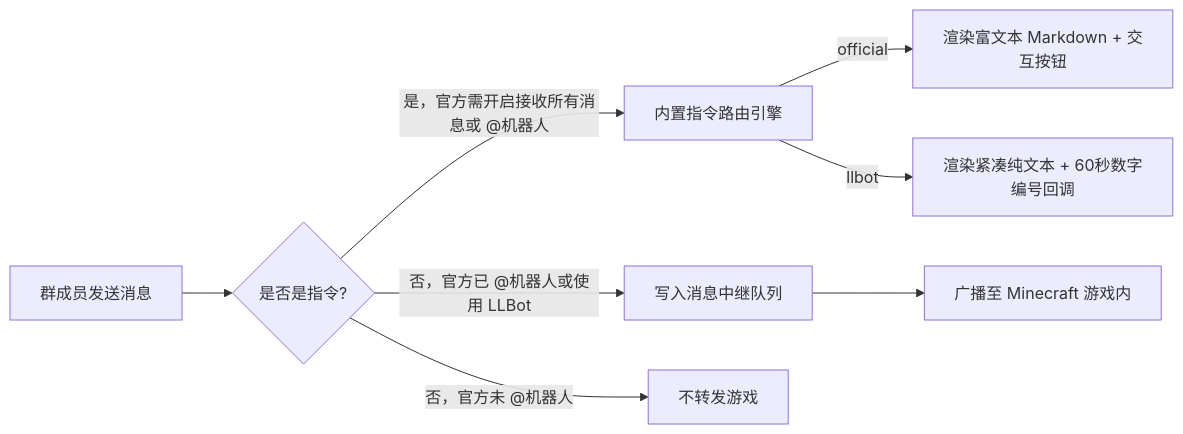
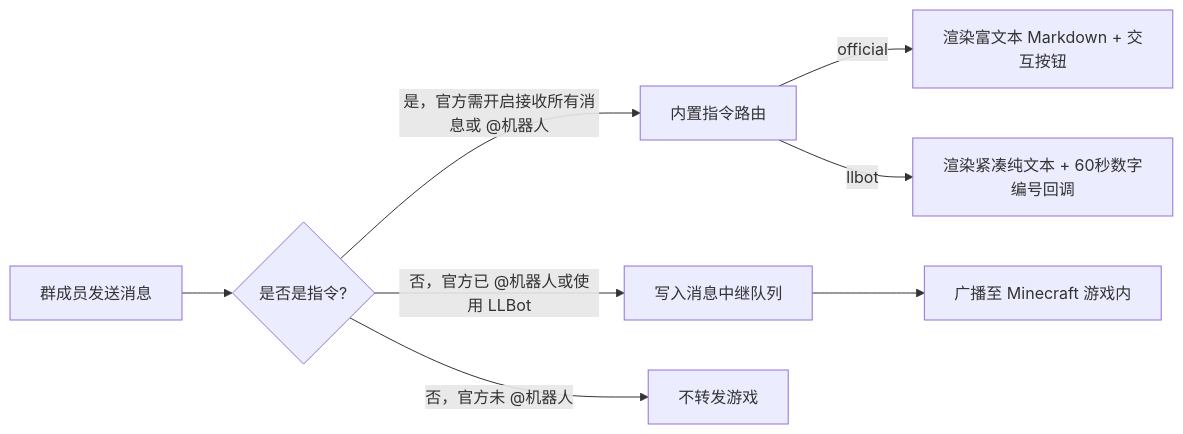
The second of 3 diagrams in docs/zh/guide/qq-bridge.mdx (DogeLakeDev/ScriptsForMinecraftServer), drawn with Mermaid before and after one commit. The commit also changed other lines of this file and 282 other files, not shown here.

````diff
--- a/docs/zh/guide/qq-bridge.mdx
+++ b/docs/zh/guide/qq-bridge.mdx
@@ -177,11 +177,11 @@
 ```mermaid
 flowchart LR
   Msg[群成员发送消息] --> CommandCheck{是否是指令?}
-  CommandCheck -->|是，官方需开启接收所有消息或 @机器人| CommandRouter[内置指令路由引擎]
+  CommandCheck -->|是，官方需开启接收所有消息或 @机器人| CommandRouter[内置指令路由]
   CommandCheck -->|否，官方已 @机器人或使用 LLBot| ChatRelay[写入消息中继队列]
   CommandCheck -->|否，官方未 @机器人| Ignore[不转发游戏]
 
   CommandRouter -->|official| MD[渲染富文本 Markdown + 交互按钮]
   CommandRouter -->|llbot| TXT[渲染紧凑纯文本 + 60秒数字编号回调]
   ChatRelay --> InGame[广播至 Minecraft 游戏内]
 ```
````
